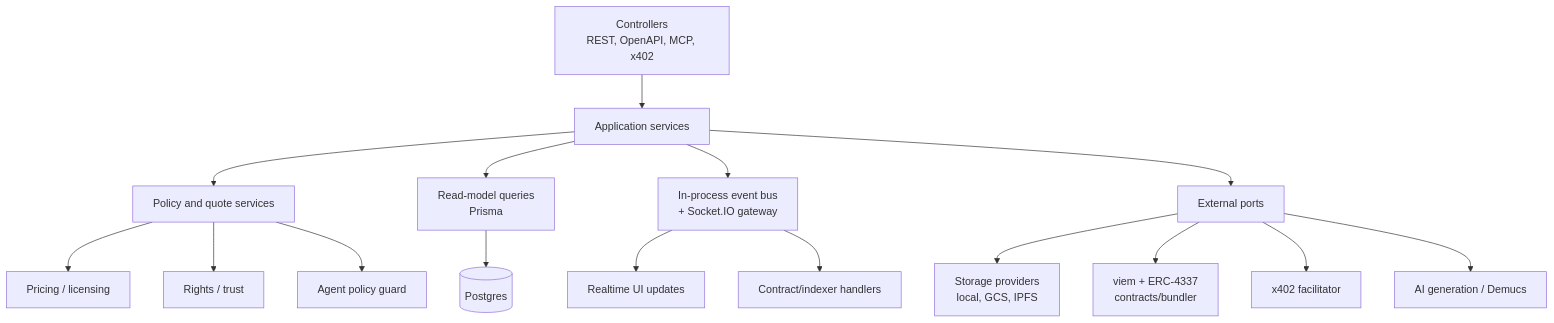
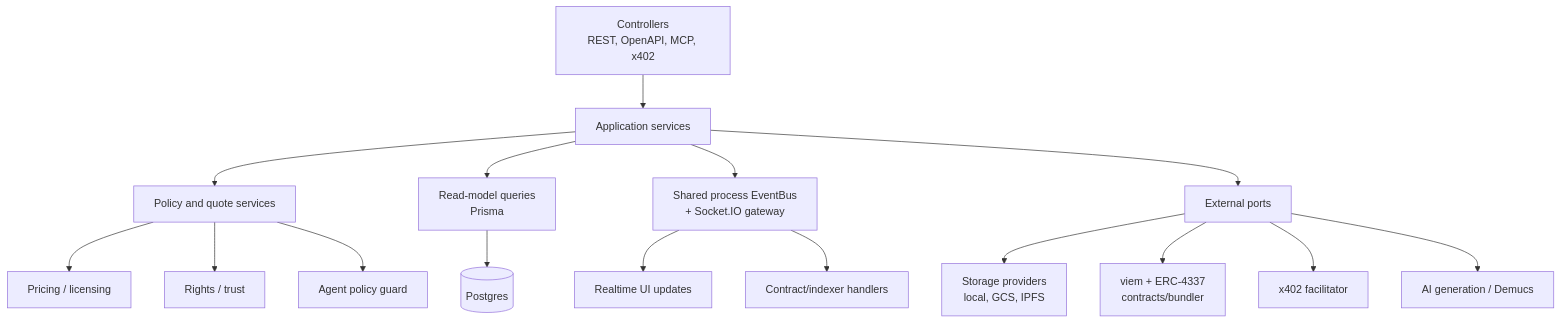
The second of 6 diagrams in docs/architecture/application_architecture.md (akoita/resonate), drawn with Mermaid before and after one commit. The commit also changed other lines of this file and 13 other files, not shown here.

Commit message:
feat(#918): share event bus across domain modules

````diff
--- a/docs/architecture/application_architecture.md
+++ b/docs/architecture/application_architecture.md
@@ -53,21 +53,21 @@
 ```mermaid
 flowchart TB
   Controllers["Controllers<br>REST, OpenAPI, MCP, x402"] --> Services["Application services"]
   Services --> Policies["Policy and quote services"]
   Services --> ReadModels["Read-model queries<br>Prisma"]
-  Services --> EventBus["In-process event bus<br>+ Socket.IO gateway"]
+  Services --> EventBus["Shared process EventBus<br>+ Socket.IO gateway"]
   Services --> Ports["External ports"]
 
   Policies --> Pricing["Pricing / licensing"]
   Policies --> Rights["Rights / trust"]
   Policies --> AgentPolicy["Agent policy guard"]
 
   ReadModels --> DB[("Postgres")]
   EventBus --> Realtime["Realtime UI updates"]
   EventBus --> Indexer["Contract/indexer handlers"]
 
   Ports --> Storage["Storage providers<br>local, GCS, IPFS"]
   Ports --> Chain["viem + ERC-4337<br>contracts/bundler"]
   Ports --> X402["x402 facilitator"]
   Ports --> AI["AI generation / Demucs"]
 ```
````
